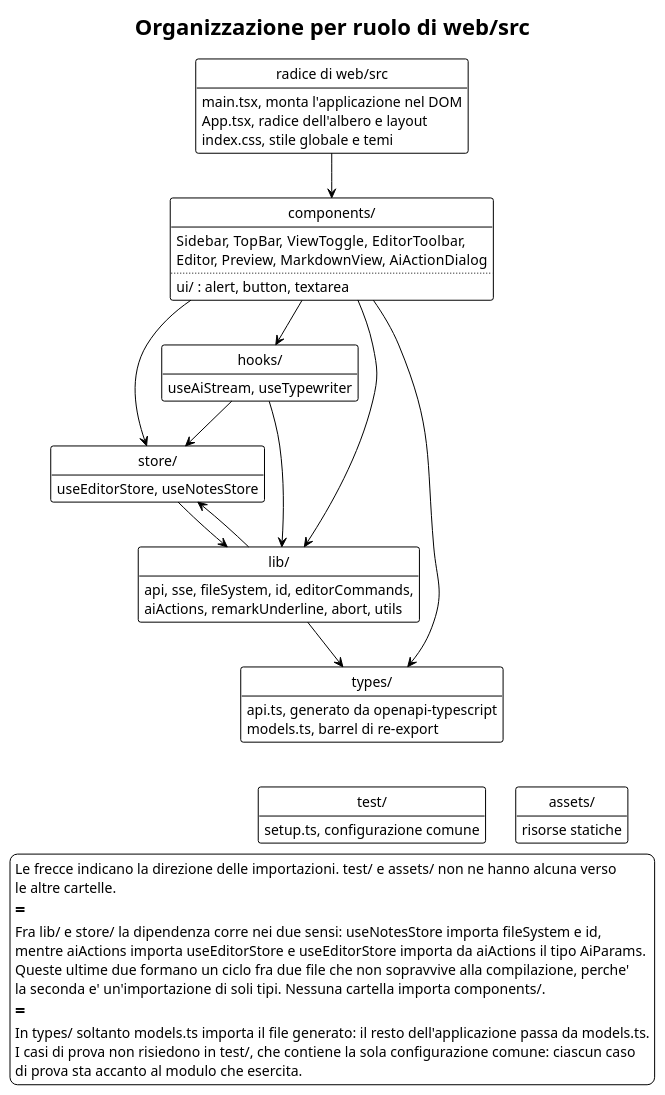
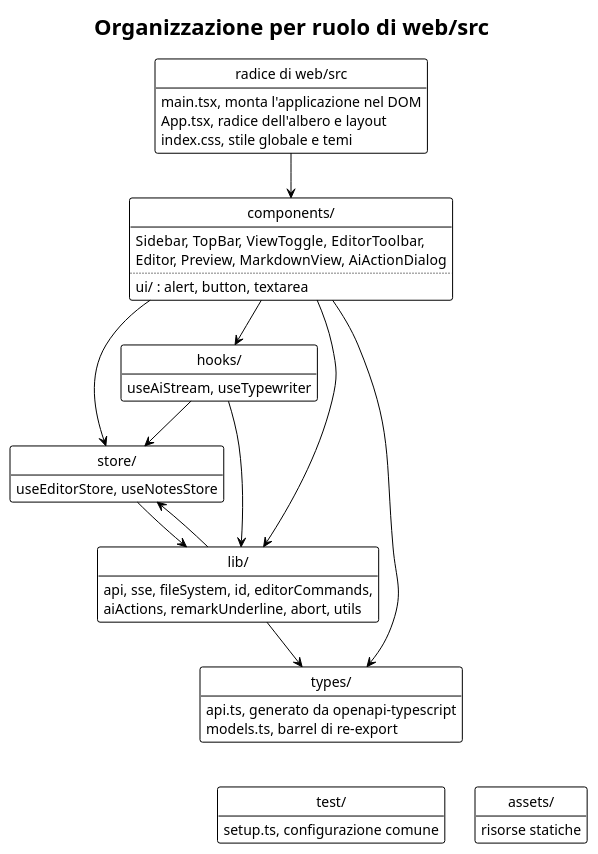
The diagram in PB/doc_esterna/specifica_tecnica/assets/plantuml/UML3.3.1.puml (thebitless-group-swe/thebitless.github.io), drawn with PlantUML before and after one commit. The commit also changed 35 other files, not shown here.

```diff
--- a/PB/doc_esterna/specifica_tecnica/assets/plantuml/UML3.3.1.puml
+++ b/PB/doc_esterna/specifica_tecnica/assets/plantuml/UML3.3.1.puml
@@ -1,80 +1,66 @@
 @startuml
 !theme plain
 hide circle
 hide empty members
 skinparam classAttributeIconSize 0
 skinparam shadowing false
 skinparam nodesep 30
 skinparam ranksep 45
 skinparam defaultFontSize 14
 
 title Organizzazione per ruolo di web/src
 
 class "radice di web/src" as ROOT {
   main.tsx, monta l'applicazione nel DOM
   App.tsx, radice dell'albero e layout
   index.css, stile globale e temi
 }
 
 class "components/" as COMP {
   Sidebar, TopBar, ViewToggle, EditorToolbar,
   Editor, Preview, MarkdownView, AiActionDialog
   ..
   ui/ : alert, button, textarea
 }
 
 class "hooks/" as HOOKS {
   useAiStream, useTypewriter
 }
 
 class "store/" as STORE {
   useEditorStore, useNotesStore
 }
 
 class "lib/" as LIB {
   api, sse, fileSystem, id, editorCommands,
   aiActions, remarkUnderline, abort, utils
 }
 
 class "types/" as TYPES {
   api.ts, generato da openapi-typescript
   models.ts, barrel di re-export
 }
 
 class "test/" as TEST {
   setup.ts, configurazione comune
 }
 
 class "assets/" as ASSETS {
   risorse statiche
 }
 
 ROOT --> COMP
 COMP --> HOOKS
 COMP --> STORE
 COMP --> LIB
 COMP --> TYPES
 HOOKS --> STORE
 HOOKS --> LIB
 STORE --> LIB
 LIB --> STORE
 LIB --> TYPES
 
 TEST -[hidden]right- ASSETS
 TYPES -[hidden]down- TEST
 
-legend bottom
-  Le frecce indicano la direzione delle importazioni. test/ e assets/ non ne hanno alcuna verso
-  le altre cartelle.
-  ==
-  Fra lib/ e store/ la dipendenza corre nei due sensi: useNotesStore importa fileSystem e id,
-  mentre aiActions importa useEditorStore e useEditorStore importa da aiActions il tipo AiParams.
-  Queste ultime due formano un ciclo fra due file che non sopravvive alla compilazione, perche'
-  la seconda e' un'importazione di soli tipi. Nessuna cartella importa components/.
-  ==
-  In types/ soltanto models.ts importa il file generato: il resto dell'applicazione passa da models.ts.
-  I casi di prova non risiedono in test/, che contiene la sola configurazione comune: ciascun caso
-  di prova sta accanto al modulo che esercita.
-endlegend
-
 @enduml
```
